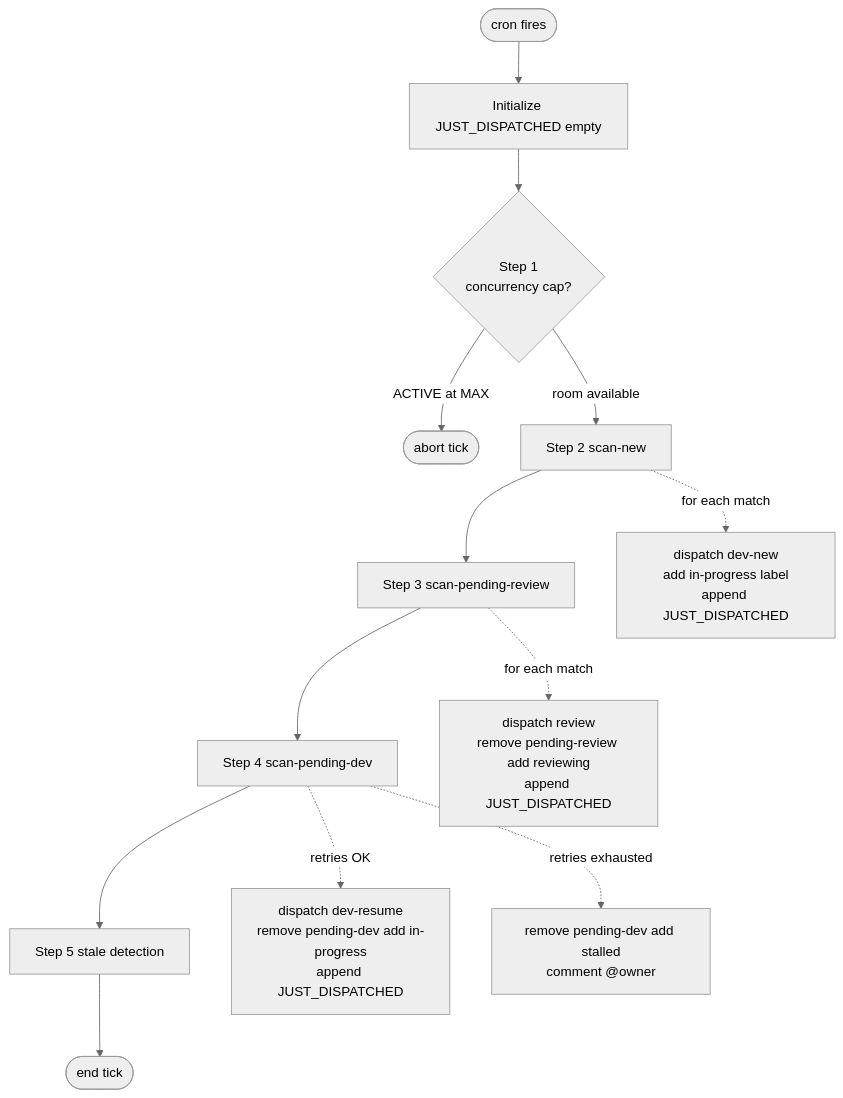
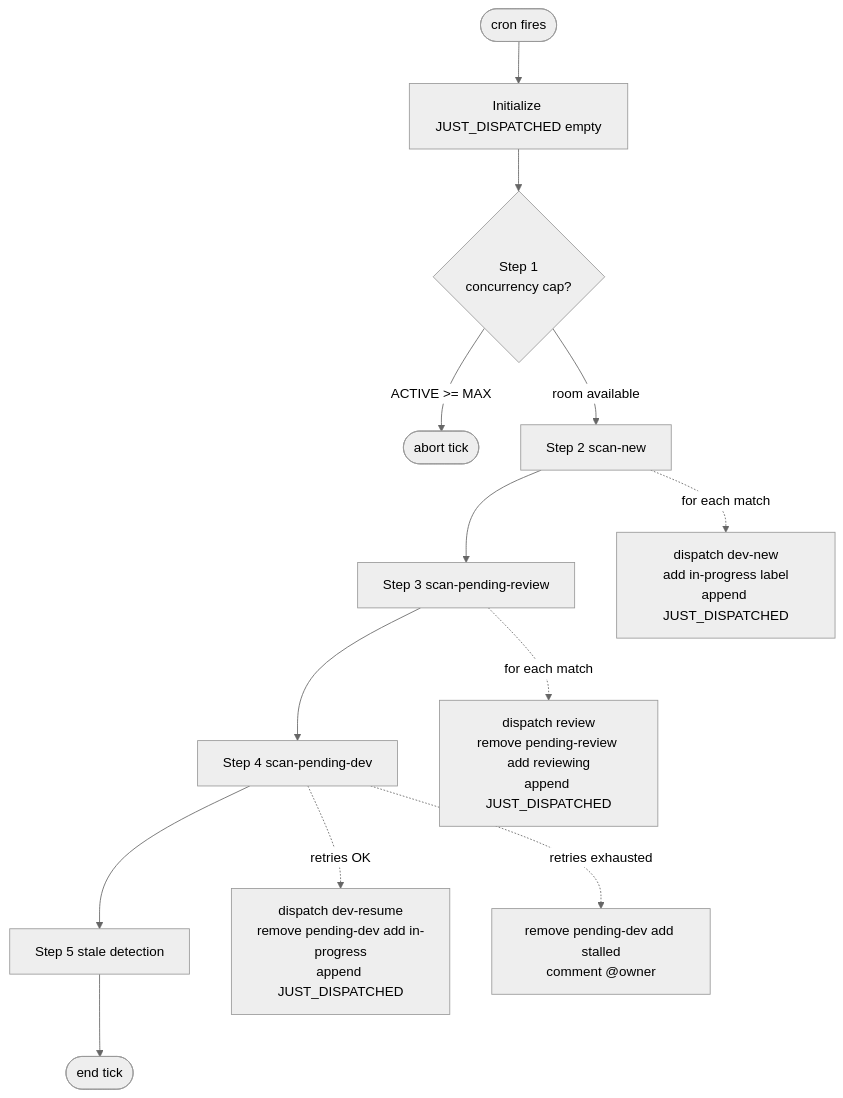
One commit to zxkane/autonomous-dev-team changed the diagram in docs/pipeline/dispatcher-flow.md. Above: the diagram before and after it, drawn with Mermaid (neutral theme).

Commit message:
fix(pipeline-docs): preserve >= comparison in dispatcher tick diagram
Reviewer flagged 'ACTIVE at MAX' reads as equality. Restored '>='
which mermaid handles fine (it was the unicode '≥' that I was
defensively avoiding, and ASCII '>=' is unambiguous).

````diff
--- a/docs/pipeline/dispatcher-flow.md
+++ b/docs/pipeline/dispatcher-flow.md
@@ -9,16 +9,16 @@
 ```mermaid
 flowchart TD
     start([cron fires]) --> init[Initialize JUST_DISPATCHED empty]
     init --> step1{Step 1<br/>concurrency cap?}
-    step1 -- ACTIVE at MAX --> exit_cap([abort tick])
+    step1 -- ACTIVE >= MAX --> exit_cap([abort tick])
     step1 -- room available --> step2[Step 2 scan-new]
     step2 --> step3[Step 3 scan-pending-review]
     step3 --> step4[Step 4 scan-pending-dev]
     step4 --> step5[Step 5 stale detection]
     step5 --> done([end tick])
 
     step2 -. for each match .-> dispatch_dev[dispatch dev-new<br/>add in-progress label<br/>append JUST_DISPATCHED]
     step3 -. for each match .-> dispatch_review[dispatch review<br/>remove pending-review add reviewing<br/>append JUST_DISPATCHED]
     step4 -. retries OK .-> dispatch_resume[dispatch dev-resume<br/>remove pending-dev add in-progress<br/>append JUST_DISPATCHED]
     step4 -. retries exhausted .-> stall[remove pending-dev add stalled<br/>comment @owner]
 ```
````
